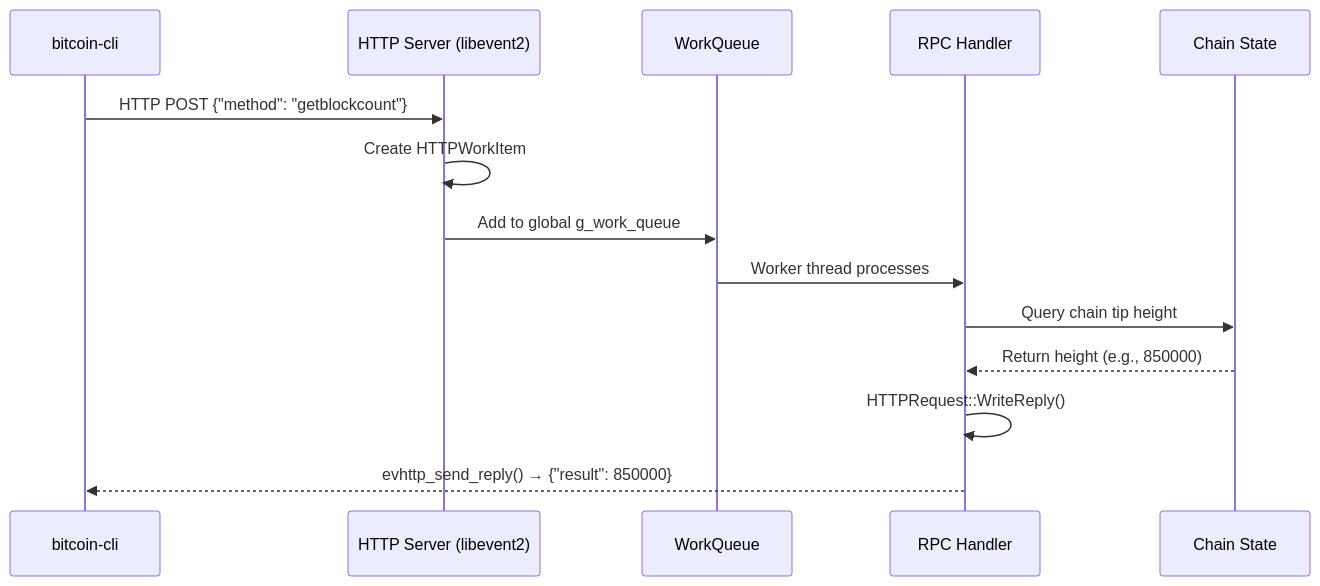
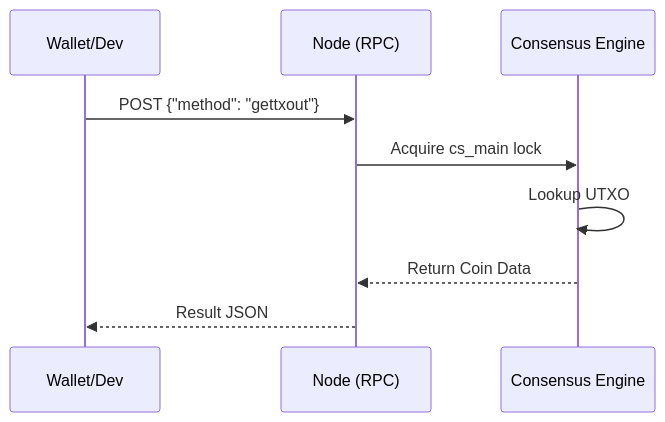
Before and after one commit to diegobianqui/BOSS_Syllabus: the second of 3 diagrams in src/architecture.md, drawn with Mermaid. The commit also changed other lines of this file and 2 other files, not shown here.

````diff
--- a/src/architecture.md
+++ b/src/architecture.md
@@ -72,17 +43,12 @@
 ```mermaid
 sequenceDiagram
-    participant CLI as bitcoin-cli
-    participant HTTP as HTTP Server (libevent2)
-    participant WQ as WorkQueue
-    participant Handler as RPC Handler
-    participant Chain as Chain State
-    
-    CLI->>HTTP: HTTP POST {"method": "getblockcount"}
-    HTTP->>HTTP: Create HTTPWorkItem
-    HTTP->>WQ: Add to global g_work_queue
-    WQ->>Handler: Worker thread processes
-    Handler->>Chain: Query chain tip height
-    Chain-->>Handler: Return height (e.g., 850000)
-    Handler->>Handler: HTTPRequest::WriteReply()
-    Handler-->>CLI: evhttp_send_reply() → {"result": 850000}
+    participant Client as Wallet/Dev
+    participant Server as Node (RPC)
+    participant Engine as Consensus Engine
+
+    Client->>Server: POST {"method": "gettxout"}
+    Server->>Engine: Acquire cs_main lock
+    Engine->>Engine: Lookup UTXO
+    Engine-->>Server: Return Coin Data
+    Server-->>Client: Result JSON
 ```
````
